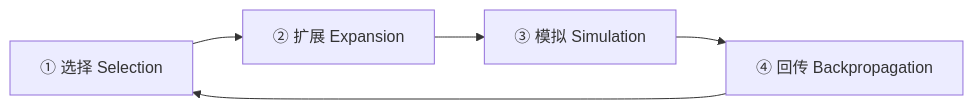
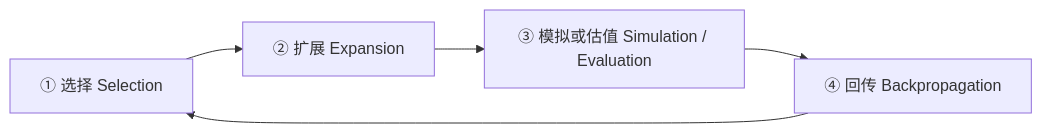
The second of 3 diagrams in 知识/06-游戏AI/感知决策与行为规划/05-博弈搜索与对战AI.md (fantuan812/learning), drawn with Mermaid before and after one commit. The commit also changed other lines of this file and 1 other file, not shown here.

````diff
--- a/知识/06-游戏AI/感知决策与行为规划/05-博弈搜索与对战AI.md
+++ b/知识/06-游戏AI/感知决策与行为规划/05-博弈搜索与对战AI.md
@@ -195,7 +182,7 @@
 ```mermaid
 flowchart LR
     A["① 选择 Selection"] --> B["② 扩展 Expansion"]
-    B --> C["③ 模拟 Simulation"]
+    B --> C["③ 模拟或估值 Simulation / Evaluation"]
     C --> D["④ 回传 Backpropagation"]
     D --> A
 ```
````
